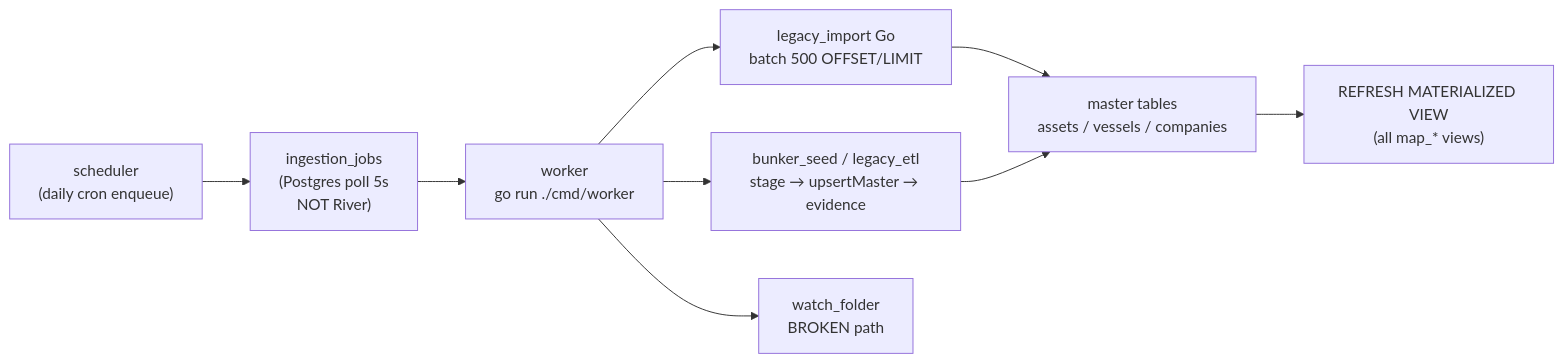
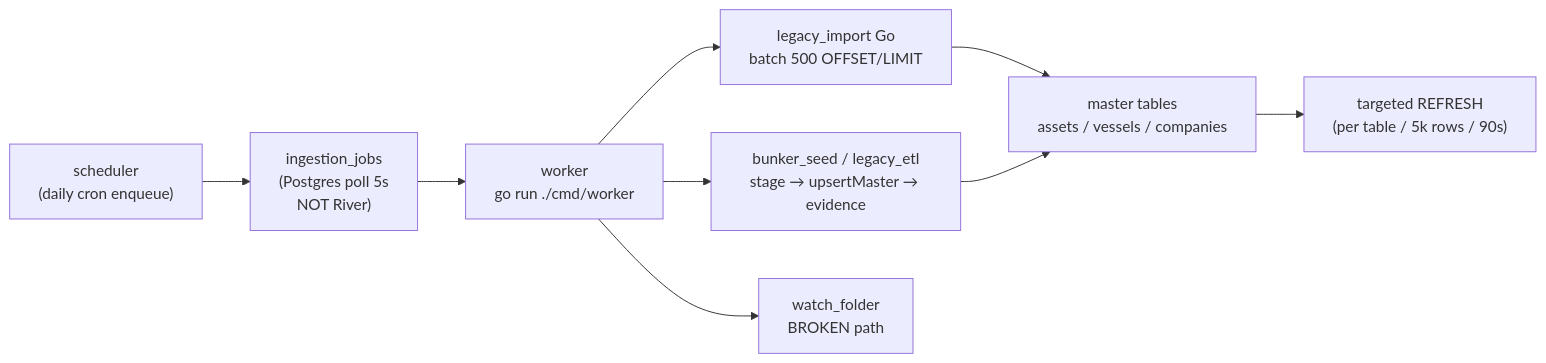
Before and after one commit to daniataal/mining-map: the diagram in madsan/agent_reports/madsan_v2_roadmap_status.md, drawn with Mermaid. The commit also changed other lines of this file and 4 other files, not shown here.

First line of the commit message:
Close phase1-schema gap: throttled matview refresh and serving indexes.

````diff
--- a/madsan/agent_reports/madsan_v2_roadmap_status.md
+++ b/madsan/agent_reports/madsan_v2_roadmap_status.md
@@ -238,11 +238,11 @@
 ```mermaid
 flowchart LR
   sched["scheduler\n(daily cron enqueue)"] --> jobs["ingestion_jobs\n(Postgres poll 5s\nNOT River)"]
   jobs --> wrk["worker\ngo run ./cmd/worker"]
   wrk --> pathA["legacy_import Go\nbatch 500 OFFSET/LIMIT"]
   wrk --> pathB["bunker_seed / legacy_etl\nstage → upsertMaster → evidence"]
   wrk --> pathC["watch_folder\nBROKEN path"]
   pathA --> master["master tables\nassets / vessels / companies"]
   pathB --> master
-  master --> mv["REFRESH MATERIALIZED VIEW\n(all map_* views)"]
+  master --> mv["targeted REFRESH\n(per table / 5k rows / 90s)"]
 ```
````
